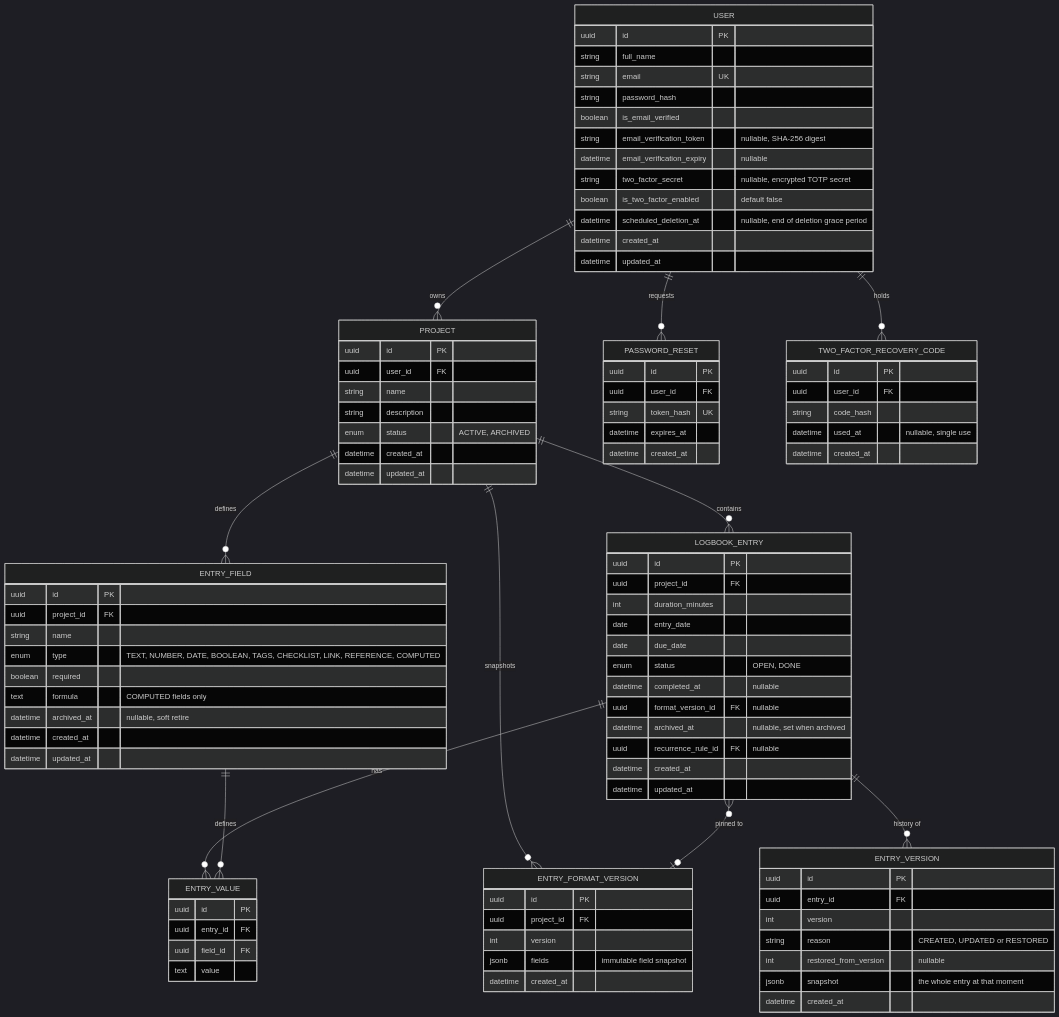
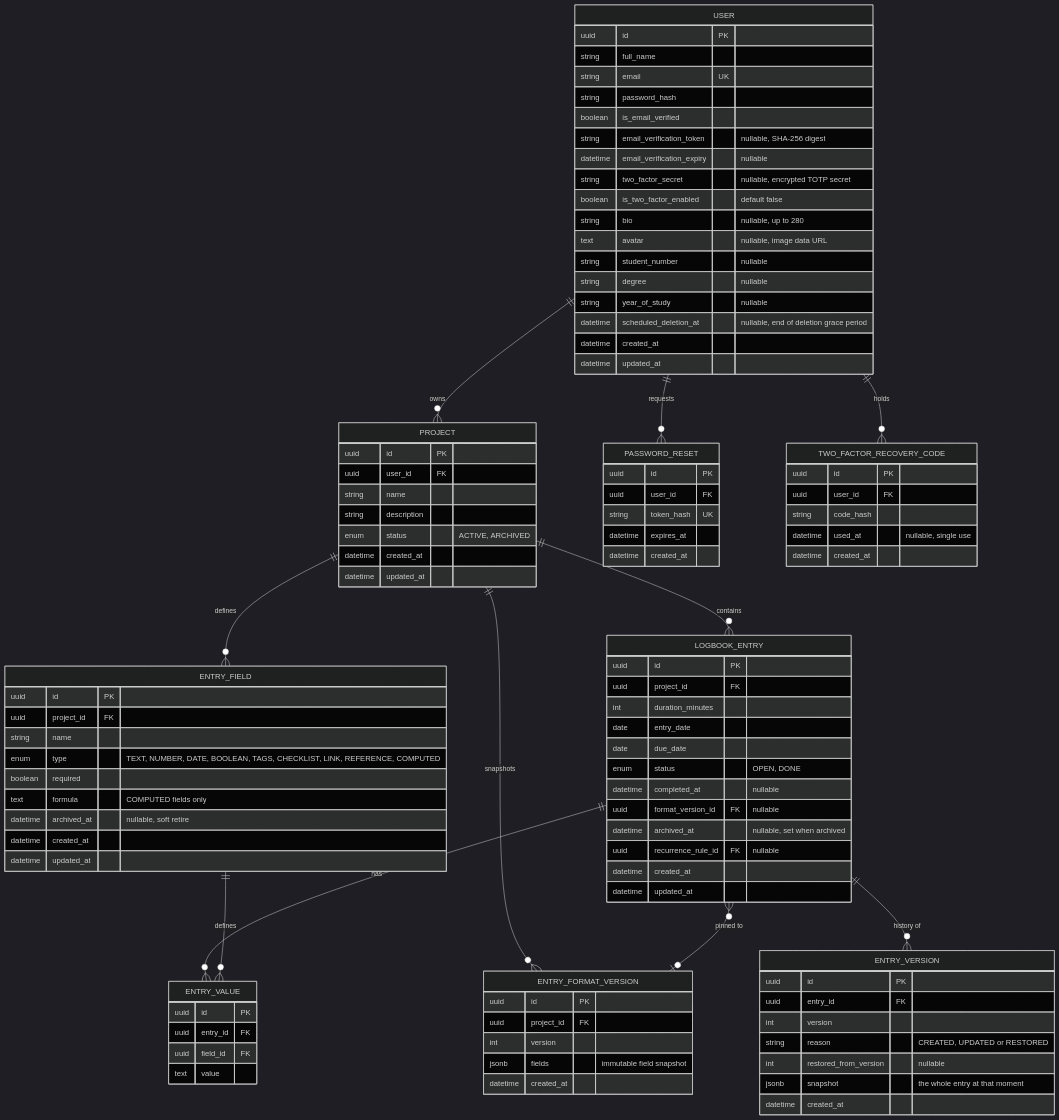
One commit to DiMpho-20/coms3011a-logbook-digital-logbook changed the first of 3 diagrams in docs/design/database-erd.md. Above: the diagram before and after it, drawn with Mermaid (dark theme). The commit also changed other lines of this file and 9 other files, not shown here.

First line of the commit message:
docs: bring architecture, schema and setup pages up to date

```diff
--- a/docs/design/database-erd.md
+++ b/docs/design/database-erd.md
@@ -50,6 +51,11 @@
         datetime email_verification_expiry "nullable"
         string two_factor_secret "nullable, encrypted TOTP secret"
         boolean is_two_factor_enabled "default false"
+        string bio "nullable, up to 280"
+        text avatar "nullable, image data URL"
+        string student_number "nullable"
+        string degree "nullable"
+        string year_of_study "nullable"
         datetime scheduled_deletion_at "nullable, end of deletion grace period"
         datetime created_at
         datetime updated_at
```
